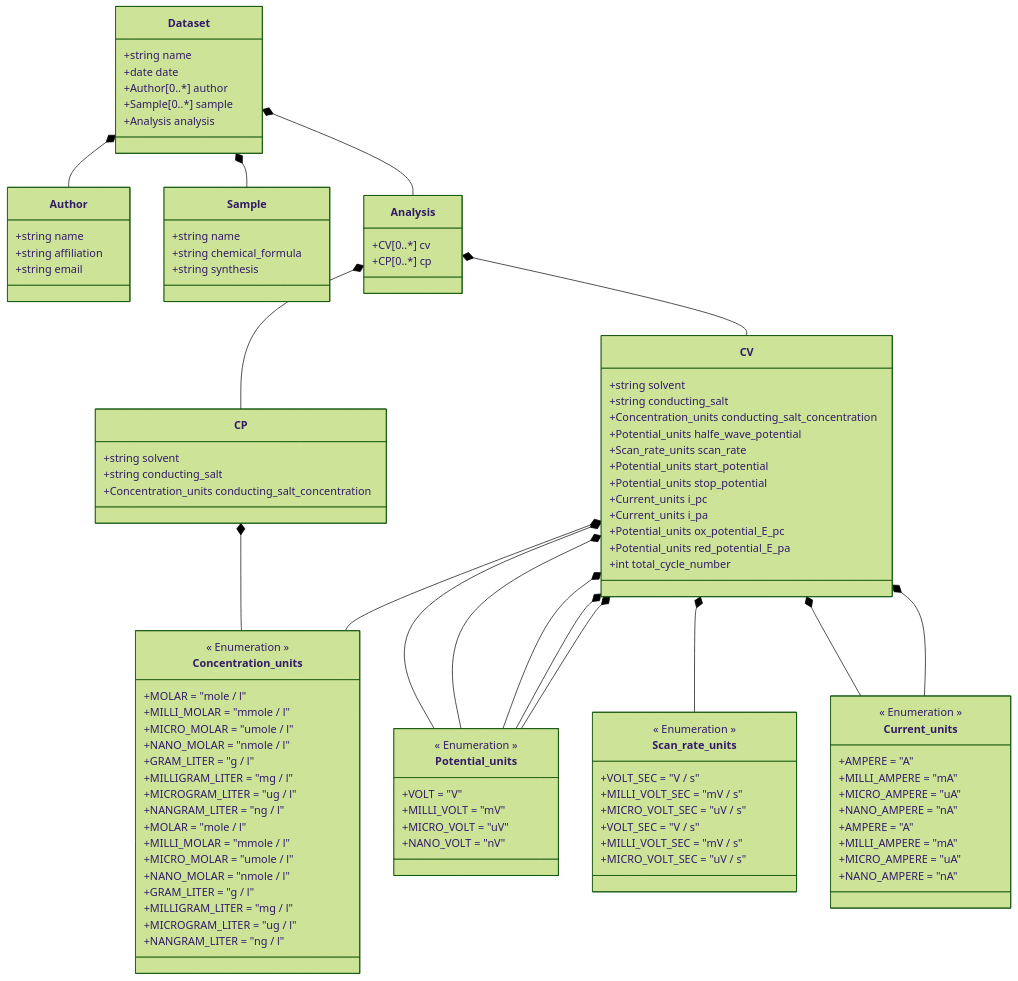
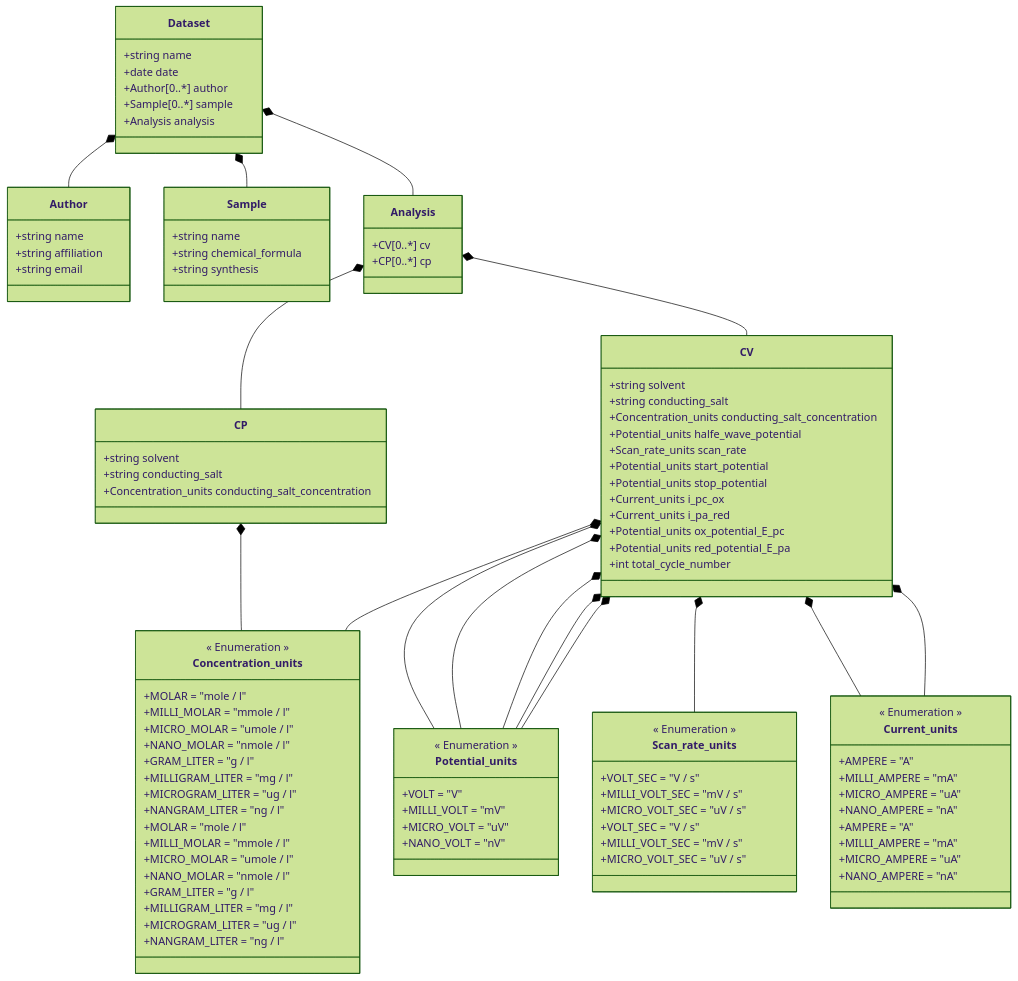
The diagram in ElectrochemistryDataModel/schemes/Datamodel for Electrochemistry.md (FAIRChemistry/datamodel-electrochemistry), drawn with Mermaid (forest theme) before and after one commit. The commit also changed 7 other files, not shown here.

```diff
--- a/ElectrochemistryDataModel/schemes/Datamodel for Electrochemistry.md
+++ b/ElectrochemistryDataModel/schemes/Datamodel for Electrochemistry.md
@@ -49,8 +49,8 @@
         +Scan_rate_units scan_rate
         +Potential_units start_potential
         +Potential_units stop_potential
-        +Current_units i_pc
-        +Current_units i_pa
+        +Current_units i_pc_ox
+        +Current_units i_pa_red
         +Potential_units ox_potential_E_pc
         +Potential_units red_potential_E_pa
         +int total_cycle_number
```
